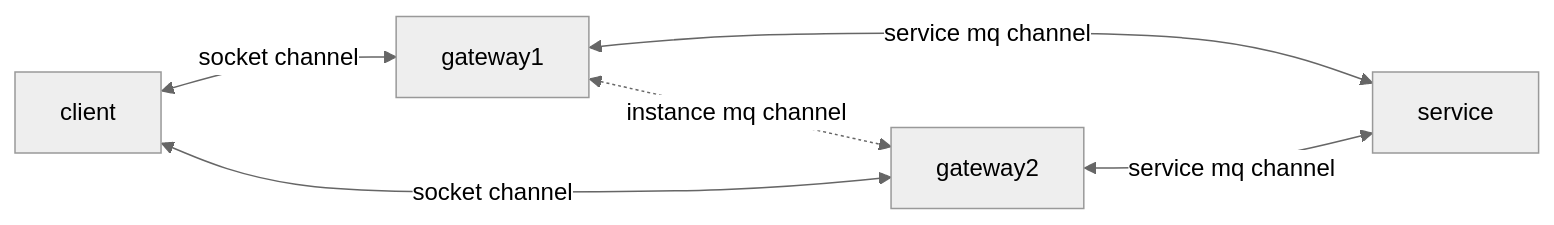
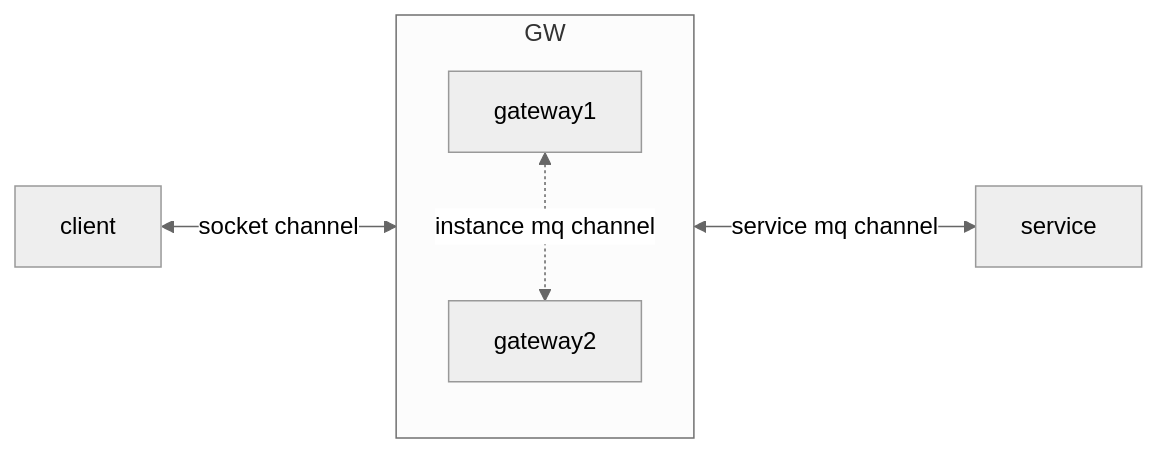
The first of 2 diagrams in README.md (clcy1243/resume), drawn with Mermaid (neutral theme) before and after one commit.

Commit message:
更新图示

````diff
--- a/README.md
+++ b/README.md
@@ -40,5 +40,8 @@
     ```mermaid
     flowchart LR
-    client <-->|socket channel| gateway1 & gateway2 <-->|service mq channel| service
-    gateway1 <-.->|instance mq channel| gateway2
+    subgraph GW
+        direction TB
+        gateway1 <-.->|instance mq channel| gateway2
+    end
+    client <-->|socket channel| GW <-->|service mq channel| service
     ```
````
